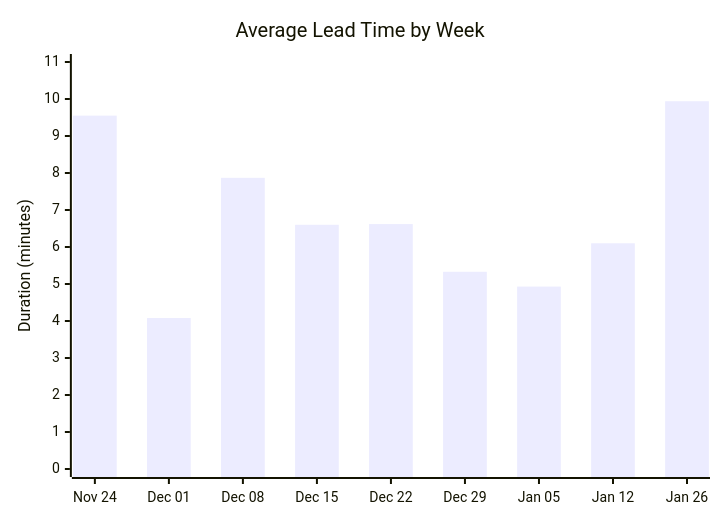
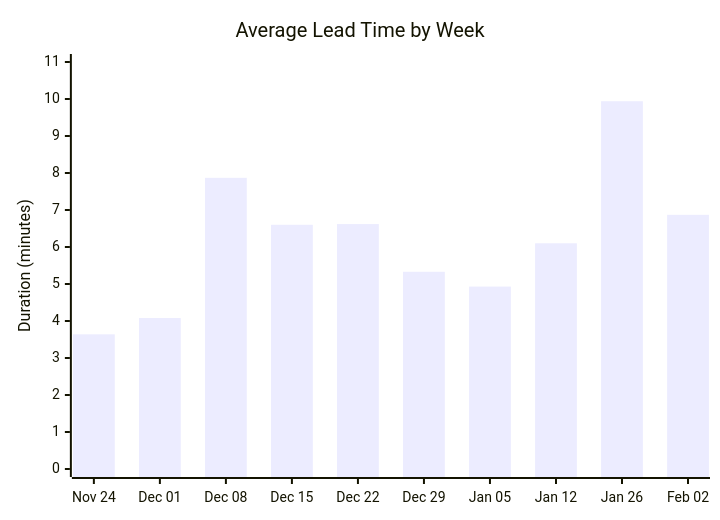
The second of 4 diagrams in docs/ci-cd/dora-summary.md (ukma-cs-ssdm-2025/rate-ukma), drawn with Mermaid before and after one commit. The commit also changed other lines of this file, not shown here.

````diff
--- a/docs/ci-cd/dora-summary.md
+++ b/docs/ci-cd/dora-summary.md
@@ -31,7 +30,7 @@
 ```mermaid
 xychart-beta
     title "Average Lead Time by Week"
-    x-axis ["Nov 24", "Dec 01", "Dec 08", "Dec 15", "Dec 22", "Dec 29", "Jan 05", "Jan 12", "Jan 26"]
+    x-axis ["Nov 24", "Dec 01", "Dec 08", "Dec 15", "Dec 22", "Dec 29", "Jan 05", "Jan 12", "Jan 26", "Feb 02"]
     y-axis "Duration (minutes)" 0 --> 11
-    bar [9.55, 4.08, 7.87, 6.60, 6.62, 5.33, 4.93, 6.10, 9.94]
+    bar [3.64, 4.08, 7.87, 6.60, 6.62, 5.33, 4.93, 6.10, 9.94, 6.87]
 ```
````
